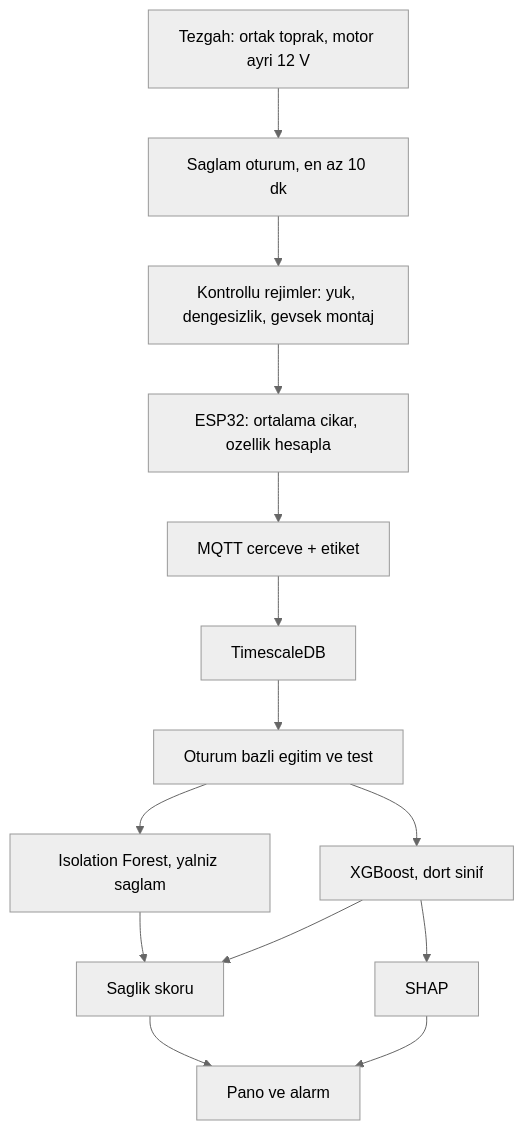
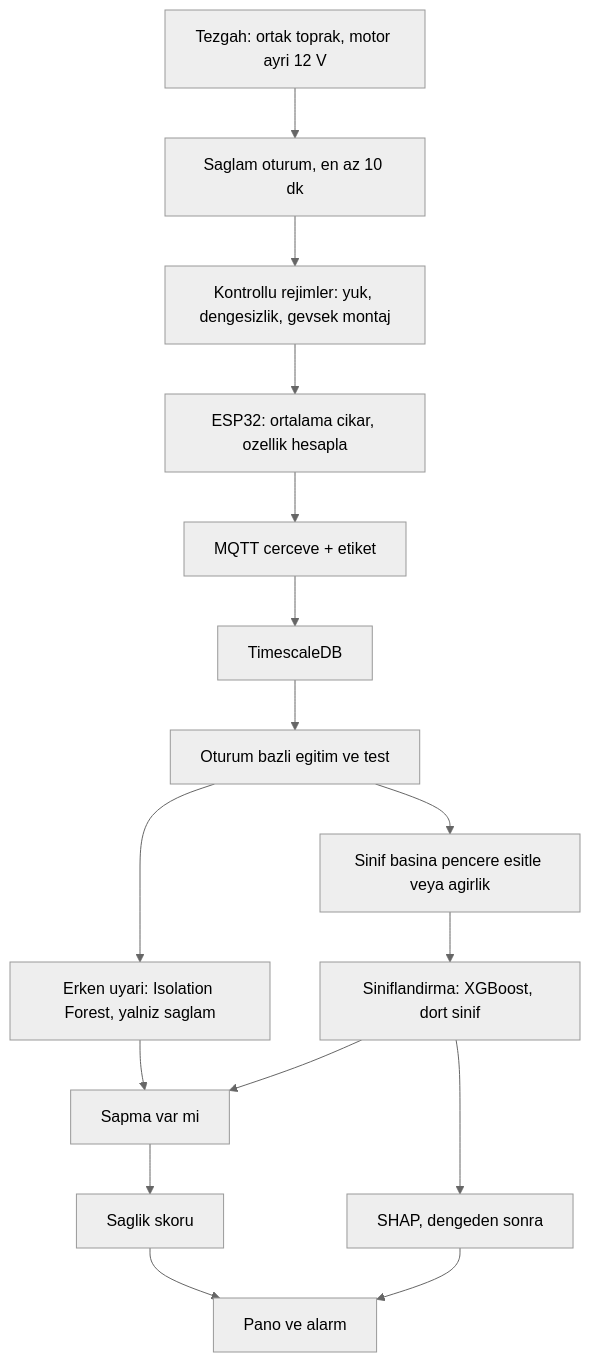
Before and after one commit to diclebolek/devopsProjeSon: the diagram in sentra/docs/methodology.md, drawn with Mermaid (neutral theme). The commit also changed other lines of this file and 4 other files, not shown here.

````diff
--- a/sentra/docs/methodology.md
+++ b/sentra/docs/methodology.md
@@ -23,16 +66,18 @@
 ```mermaid
 flowchart TD
   bench["Tezgah: ortak toprak, motor ayri 12 V"] --> baseline["Saglam oturum, en az 10 dk"]
   baseline --> faults["Kontrollu rejimler: yuk, dengesizlik, gevsek montaj"]
   faults --> edge["ESP32: ortalama cikar, ozellik hesapla"]
   edge --> mqtt["MQTT cerceve + etiket"]
   mqtt --> store["TimescaleDB"]
   store --> split["Oturum bazli egitim ve test"]
-  split --> iforest["Isolation Forest, yalniz saglam"]
-  split --> xgb["XGBoost, dort sinif"]
-  iforest --> score["Saglik skoru"]
-  xgb --> score
-  xgb --> shap["SHAP"]
+  split --> iforest["Erken uyari: Isolation Forest, yalniz saglam"]
+  split --> balance["Sinif basina pencere esitle veya agirlik"]
+  balance --> xgb["Siniflandirma: XGBoost, dort sinif"]
+  iforest --> gate["Sapma var mi"]
+  xgb --> gate
+  gate --> score["Saglik skoru"]
+  xgb --> shap["SHAP, dengeden sonra"]
   score --> board["Pano ve alarm"]
   shap --> board
 ```
````
